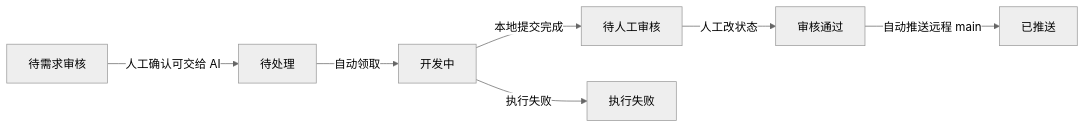
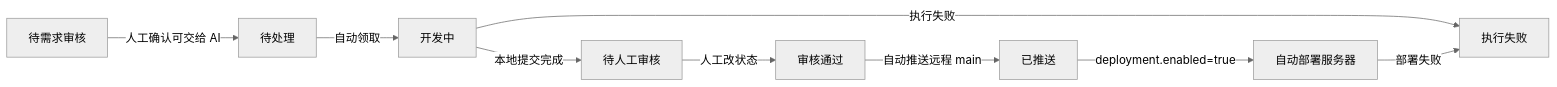
Before and after one commit to J2823290464/codex-flow: the first of 2 diagrams in docs/feishu-codex-automation.md, drawn with Mermaid (neutral theme). The commit also changed other lines of this file and 10 other files, not shown here.

````diff
--- a/docs/feishu-codex-automation.md
+++ b/docs/feishu-codex-automation.md
@@ -50,9 +51,11 @@
 ```mermaid
 flowchart LR
   A["待需求审核"] -->|人工确认可交给 AI| B["待处理"]
   B -->|自动领取| C["开发中"]
   C -->|本地提交完成| D["待人工审核"]
   C -->|执行失败| F["执行失败"]
   D -->|人工改状态| E["审核通过"]
   E -->|自动推送远程 main| G["已推送"]
+  G -->|deployment.enabled=true| H["自动部署服务器"]
+  H -->|部署失败| F
 ```
````
